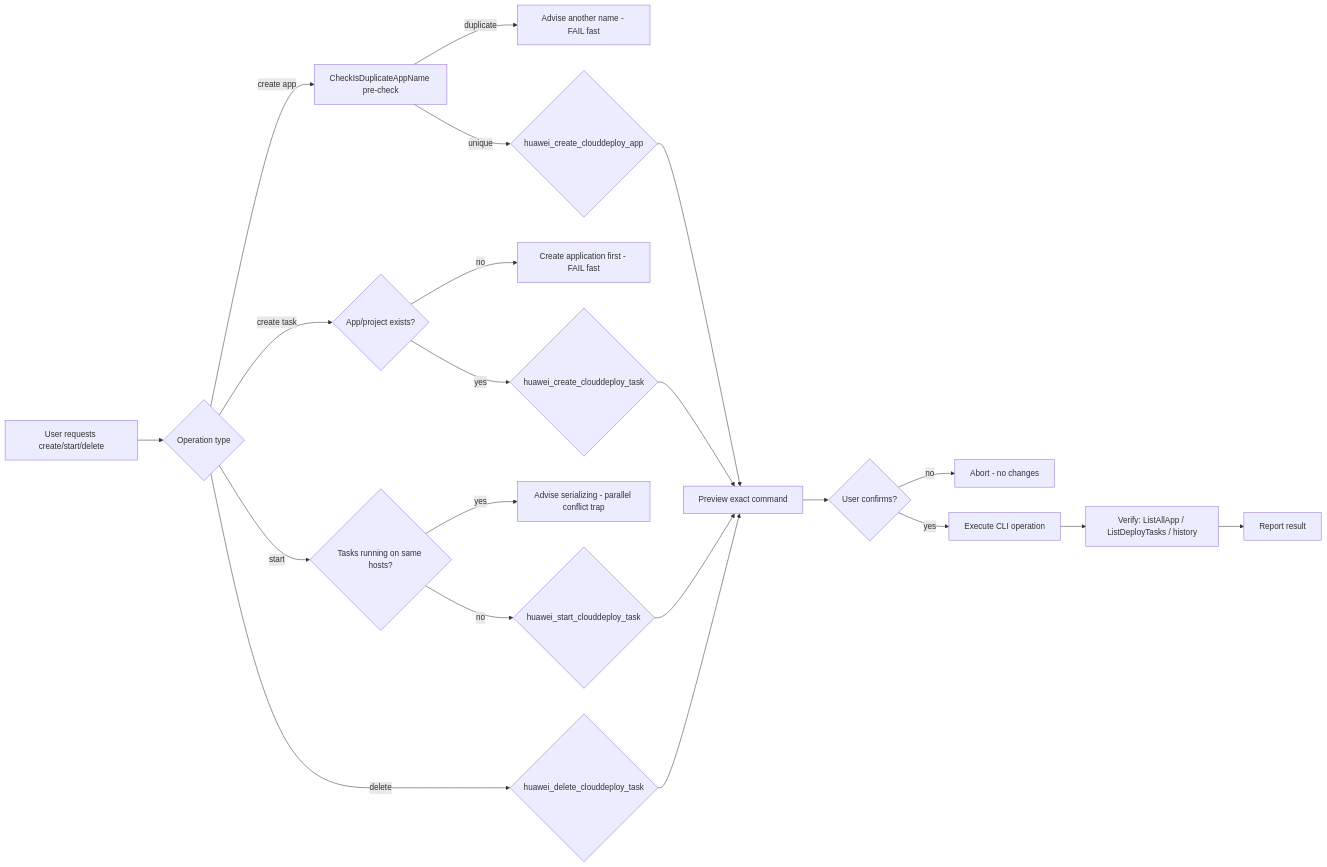
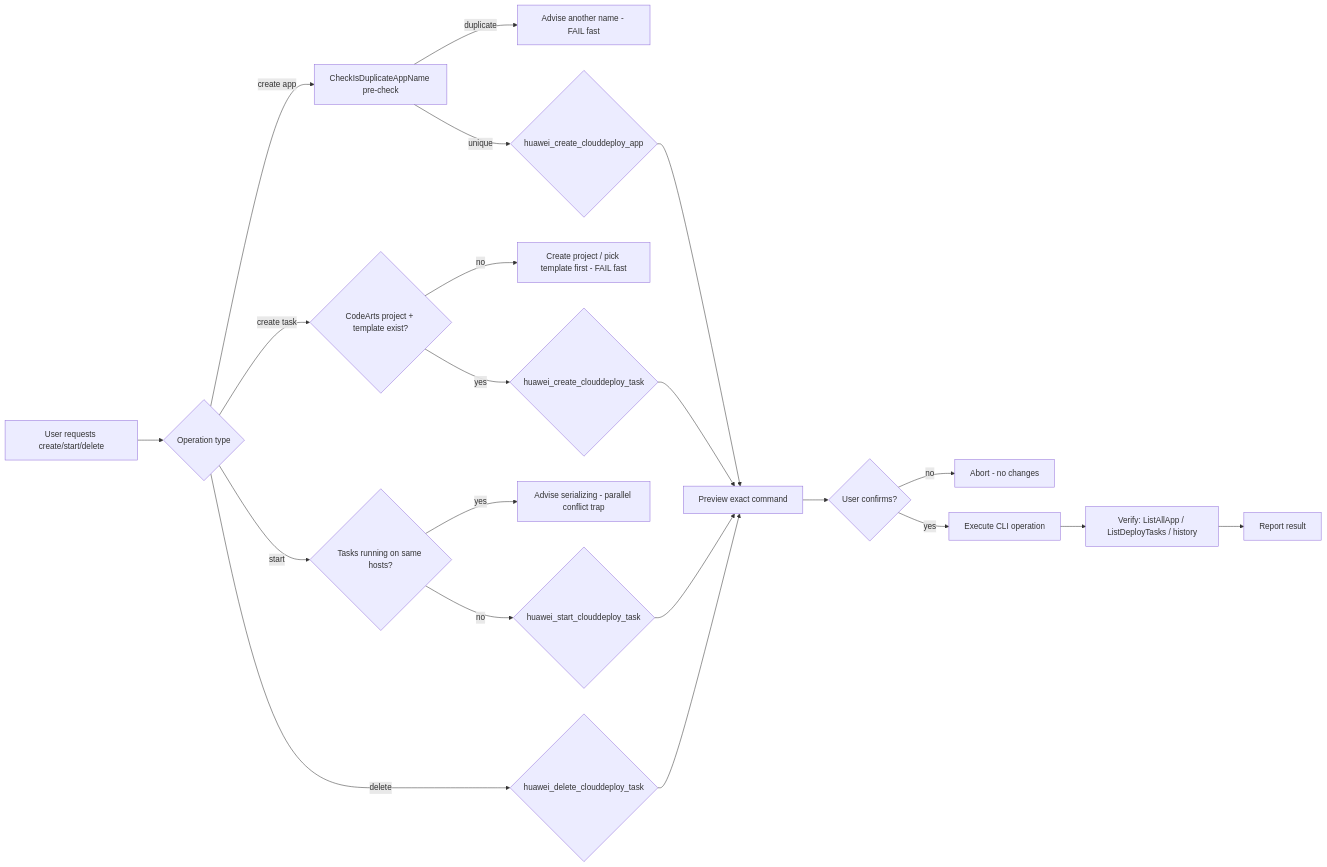
One commit to huaweicloud-mate/huaweicloud-plugin-dist changed the second of 4 diagrams in dist/clawhub/huaweicloud-core/skills/huawei-cloud-deployment-task-management/references/dataflow-diagram.md. Above: the diagram before and after it, drawn with Mermaid. The commit also changed other lines of this file and 755 other files, not shown here.

````diff
--- a/dist/clawhub/huaweicloud-core/skills/huawei-cloud-deployment-task-management/references/dataflow-diagram.md
+++ b/dist/clawhub/huaweicloud-core/skills/huawei-cloud-deployment-task-management/references/dataflow-diagram.md
@@ -20,23 +22,23 @@
 ```mermaid
 flowchart LR
     A[User requests create/start/delete] --> B{Operation type}
     B -->|create app| C[CheckIsDuplicateAppName pre-check]
     C -->|duplicate| C2[Advise another name - FAIL fast]
     C -->|unique| D{huawei_create_clouddeploy_app}
-    B -->|create task| E{App/project exists?}
-    E -->|no| E2[Create application first - FAIL fast]
+    B -->|create task| E{CodeArts project + template exist?}
+    E -->|no| E2[Create project / pick template first - FAIL fast]
     E -->|yes| F{huawei_create_clouddeploy_task}
     B -->|start| G{Tasks running on same hosts?}
     G -->|yes| G2[Advise serializing - parallel conflict trap]
     G -->|no| H{huawei_start_clouddeploy_task}
     B -->|delete| I{huawei_delete_clouddeploy_task}
     D --> J[Preview exact command]
     F --> J
     H --> J
     I --> J
     J --> K{User confirms?}
     K -->|no| L[Abort - no changes]
     K -->|yes| M[Execute CLI operation]
     M --> N[Verify: ListAllApp / ListDeployTasks / history]
     N --> O[Report result]
 ```
````
